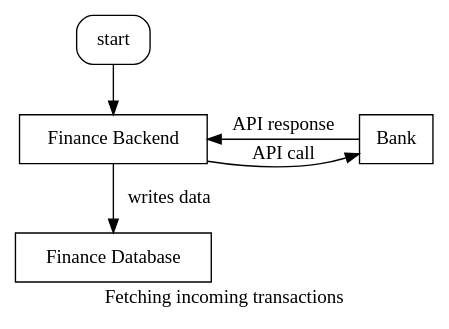
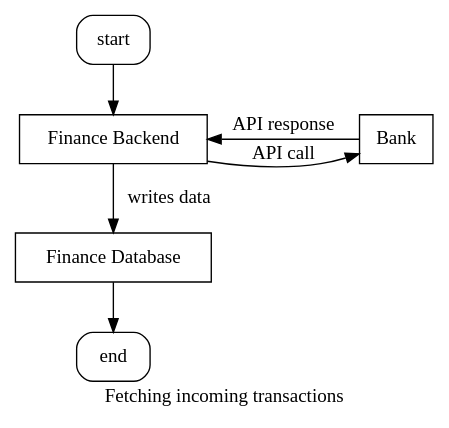
One commit to techcultivation/docs changed the diagram in workflows/fetchingincomingtransactions.dot. Above: the diagram before and after it, drawn with Graphviz. The commit also changed 1 other file, not shown here.

```diff
--- a/workflows/fetchingincomingtransactions.dot
+++ b/workflows/fetchingincomingtransactions.dot
@@ -1,16 +1,17 @@
 digraph {
     label="Fetching incoming transactions";
  
     node[shape="box", style="rounded"]
-       start;
+       start; end
     node[shape="box", style=""]
        "Finance Backend"; "Finance Database"; Bank
     
  
  	start -> "Finance Backend";
  	"Finance Backend" -> Bank[label="API call"];
  	Bank -> "Finance Backend"[label="API response"];
  	"Finance Backend" -> "Finance Database" [label="writes data"];
+ 	"Finance Database" -> end;
  	
     {rank=same; "Finance Backend" Bank}
 }
```
